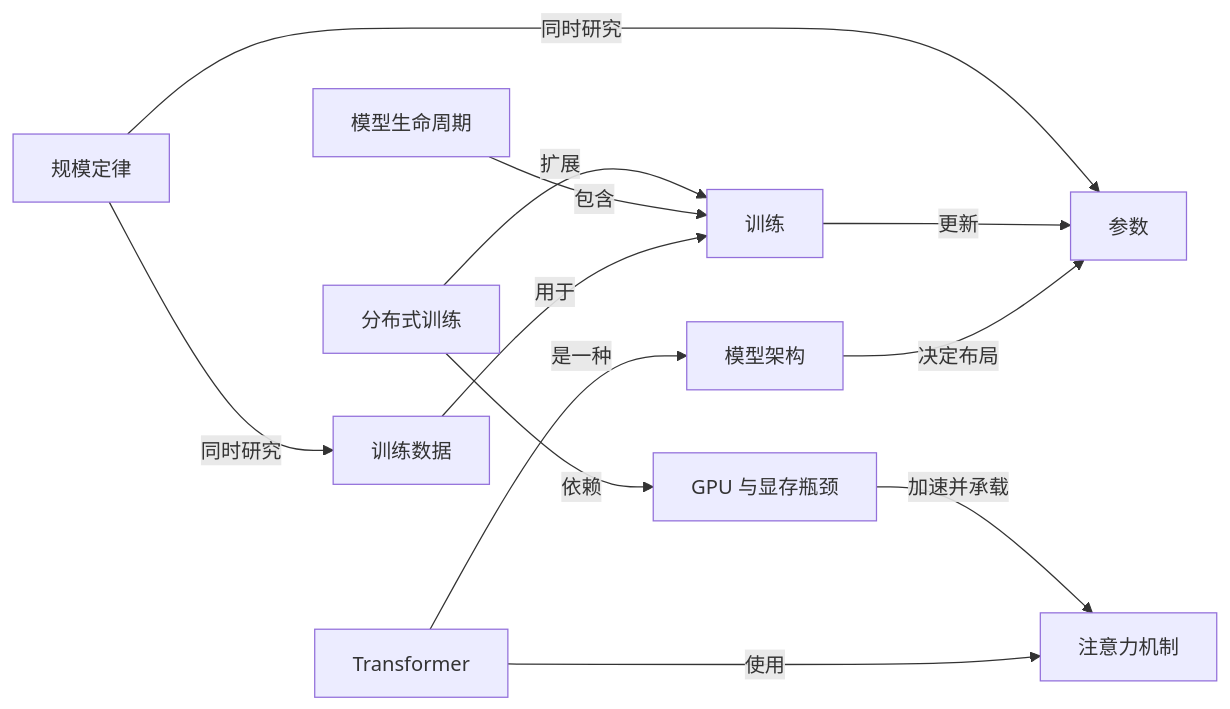
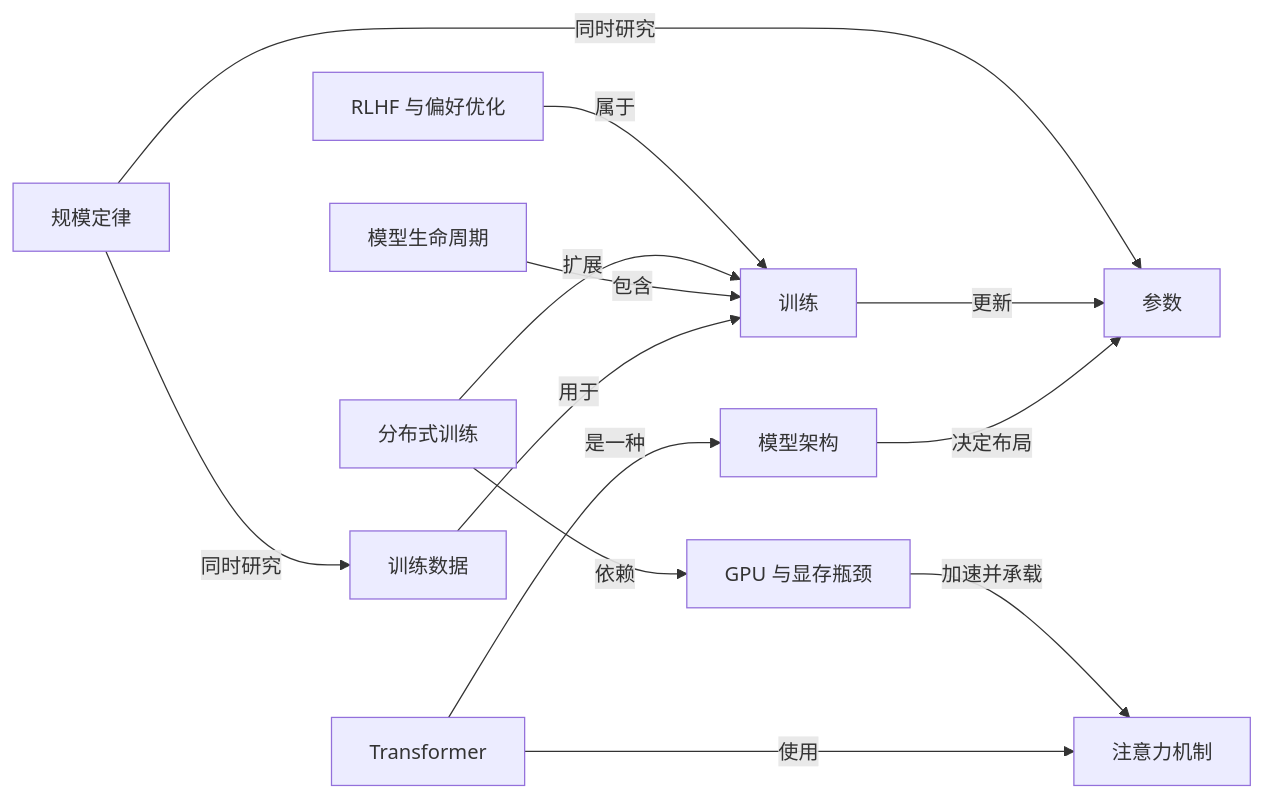
The second of 9 diagrams in 知识网络.md (z-Zihan/LLM-101), drawn with Mermaid before and after one commit. The commit also changed other lines of this file and 4 other files, not shown here.

Commit message:
docs: add rlhf and preference optimization guide

````diff
--- a/知识网络.md
+++ b/知识网络.md
@@ -100,24 +101,26 @@
 ```mermaid
 flowchart LR
     n_parameter["参数"]
     n_training_data["训练数据"]
     n_model_lifecycle["模型生命周期"]
     n_architecture["模型架构"]
     n_transformer["Transformer"]
     n_attention["注意力机制"]
     n_training["训练"]
     n_scaling_laws["规模定律"]
     n_gpu_compute["GPU 与显存瓶颈"]
     n_distributed_training["分布式训练"]
+    n_preference_alignment["RLHF 与偏好优化"]
     n_architecture -->|"决定布局"| n_parameter
     n_transformer -->|"是一种"| n_architecture
     n_training_data -->|"用于"| n_training
     n_training -->|"更新"| n_parameter
     n_model_lifecycle -->|"包含"| n_training
     n_transformer -->|"使用"| n_attention
     n_scaling_laws -->|"同时研究"| n_parameter
     n_scaling_laws -->|"同时研究"| n_training_data
     n_gpu_compute -->|"加速并承载"| n_attention
     n_distributed_training -->|"扩展"| n_training
     n_distributed_training -->|"依赖"| n_gpu_compute
+    n_preference_alignment -->|"属于"| n_training
 ```
````
